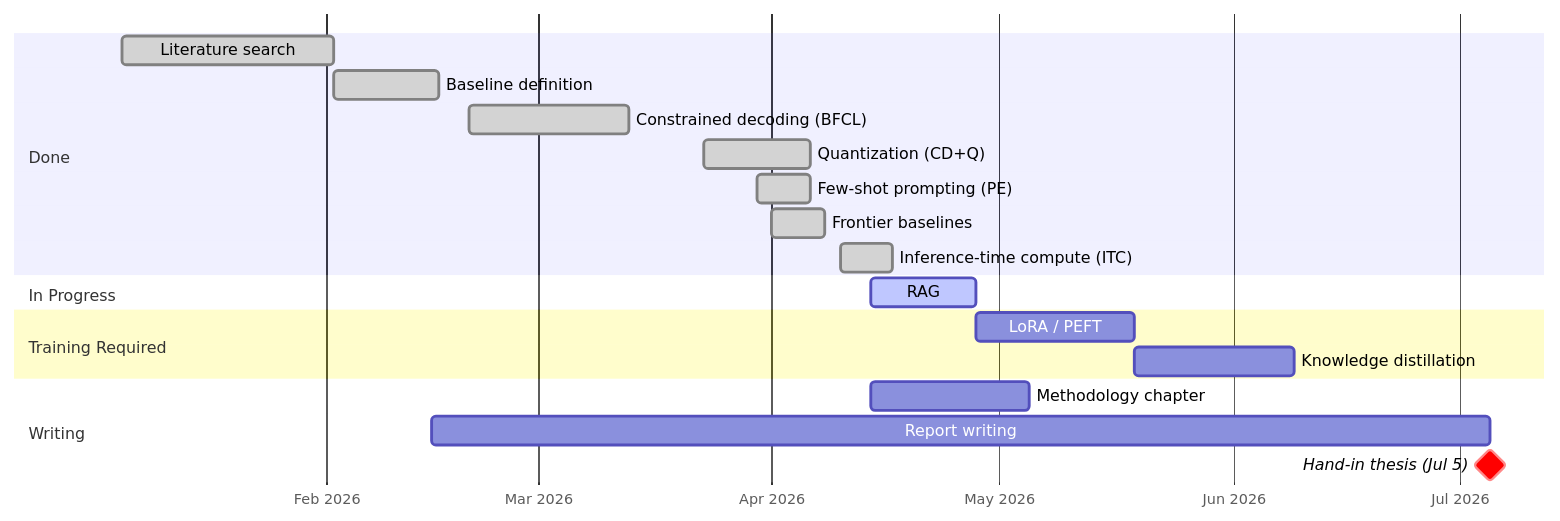
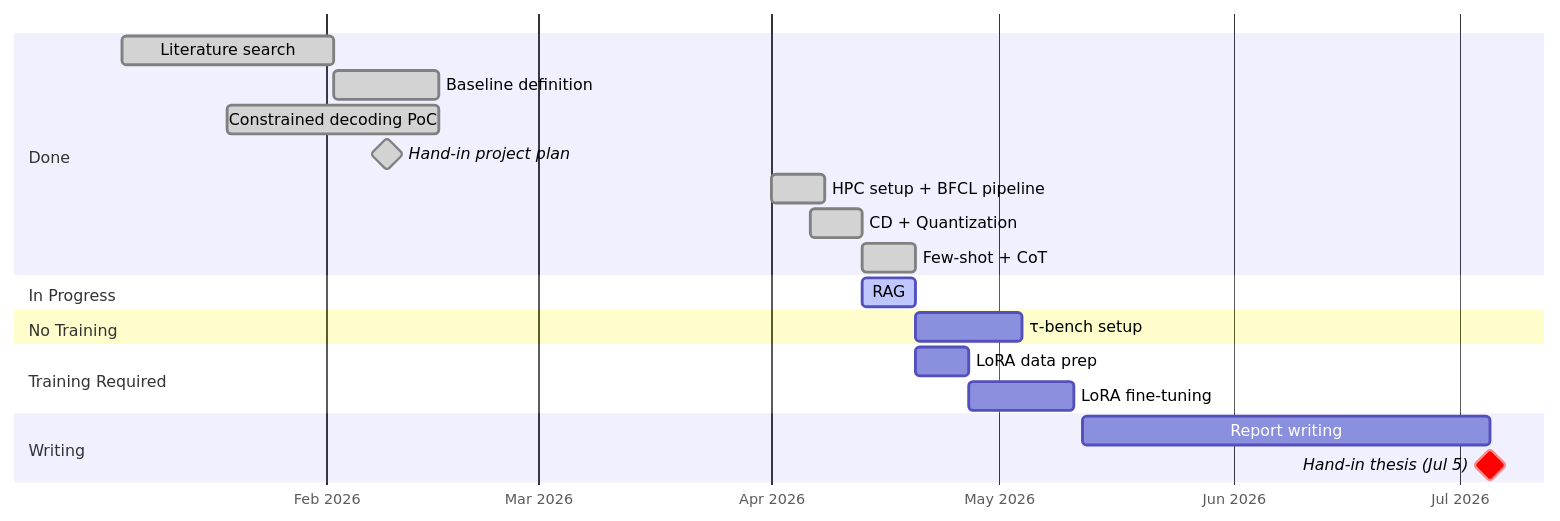
One commit to pabeckha/slm-agents changed the diagram in docs/meetings/slidev/slides-2026-04-13.md. Above: the diagram before and after it, drawn with Mermaid. The commit also changed other lines of this file and 4 other files, not shown here.

````diff
--- a/docs/meetings/slidev/slides-2026-04-13.md
+++ b/docs/meetings/slidev/slides-2026-04-13.md
@@ -214,29 +109,29 @@
 ```mermaid {scale: 0.42}
 gantt
     dateFormat  YYYY-MM-DD
     tickInterval 1month
     axisFormat  %b %Y
 
     section Done
     Literature search              :done, lit, 2026-01-05, 4w
     Baseline definition            :done, base, 2026-02-02, 2w
-    Constrained decoding (BFCL)    :done, cd, 2026-02-20, 3w
-    Quantization (CD+Q)            :done, q, 2026-03-23, 2w
-    Few-shot prompting (PE)        :done, pe, 2026-03-30, 1w
-    Frontier baselines             :done, fb, 2026-04-01, 1w
-
-    section Done
-    Inference-time compute (ITC)   :done, itc, 2026-04-10, 1w
+    Constrained decoding PoC       :done, cdpoc, 2026-01-19, 4w
+    Hand-in project plan           :milestone, done, 2026-02-09, 0d
+    HPC setup + BFCL pipeline      :done, hpc, 2026-04-01, 1w
+    CD + Quantization              :done, cdq, 2026-04-06, 1w
+    Few-shot + CoT                 :done, pec, after cdq, 1w
 
     section In Progress
-    RAG                             :active, rag, 2026-04-14, 2w
+    RAG                            :active, rag, 2026-04-13, 1w
+
+    section No Training
+    τ-bench setup                  :tau, after rag, 2w
 
     section Training Required
-    LoRA / PEFT                     :lora, after rag, 3w
-    Knowledge distillation          :kd, after lora, 3w
+    LoRA data prep                 :lorad, after rag, 1w
+    LoRA fine-tuning               :lora, after lorad, 2w
 
     section Writing
-    Methodology chapter             :meth, 2026-04-14, 3w
-    Report writing                  :write, 2026-02-15, 2026-07-05
-    Hand-in thesis (Jul 5)          :milestone, crit, 2026-07-05, 0d
+    Report writing                 :write, 2026-05-12, 2026-07-05
+    Hand-in thesis (Jul 5)         :milestone, crit, 2026-07-05, 0d
 ```
````
